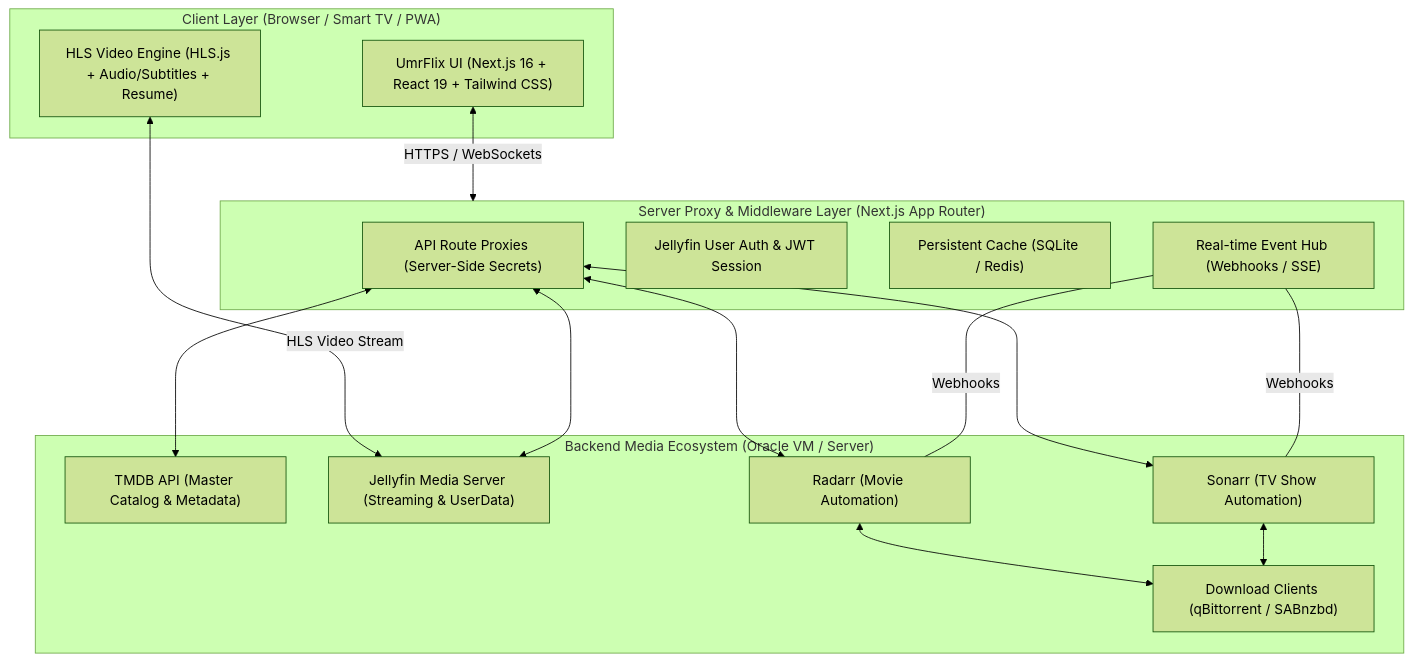
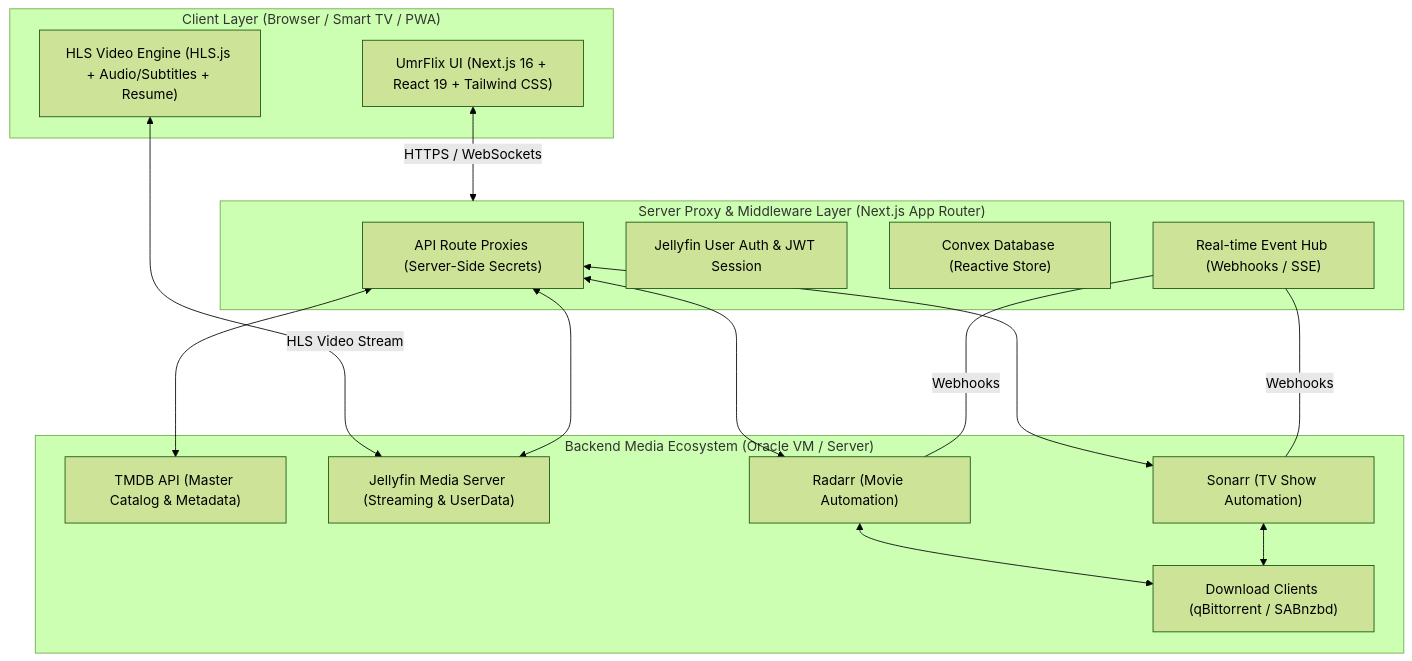
The diagram in specs/roadmap.md (umeraamir09/UmrFlix), drawn with Mermaid (forest theme) before and after one commit. The commit also changed other lines of this file, not shown here.

Commit message:
Docs: updated phase 5.1 to include convex specific checkpoints instead of stale sqlite

````diff
--- a/specs/roadmap.md
+++ b/specs/roadmap.md
@@ -9,33 +9,33 @@
 ```mermaid
 flowchart TD
     subgraph Client ["Client Layer (Browser / Smart TV / PWA)"]
         UI["UmrFlix UI (Next.js 16 + React 19 + Tailwind CSS)"]
         Player["HLS Video Engine (HLS.js + Audio/Subtitles + Resume)"]
     end
 
     subgraph Server ["Server Proxy & Middleware Layer (Next.js App Router)"]
         APIProxy["API Route Proxies (Server-Side Secrets)"]
         AuthModule["Jellyfin User Auth & JWT Session"]
-        PersistentCache["Persistent Cache (SQLite / Redis)"]
+        PersistentCache["Convex Database (Reactive Store)"]
         EventHub["Real-time Event Hub (Webhooks / SSE)"]
     end
 
     subgraph Services ["Backend Media Ecosystem (Oracle VM / Server)"]
         TMDB["TMDB API (Master Catalog & Metadata)"]
         Jellyfin["Jellyfin Media Server (Streaming & UserData)"]
         Radarr["Radarr (Movie Automation)"]
         Sonarr["Sonarr (TV Show Automation)"]
         Downloaders["Download Clients (qBittorrent / SABnzbd)"]
     end
 
     UI <-->|HTTPS / WebSockets| Server
     Player <-->|HLS Video Stream| Jellyfin
     APIProxy <--> TMDB
     APIProxy <--> Jellyfin
     APIProxy <--> Radarr
     APIProxy <--> Sonarr
     EventHub <---|Webhooks| Radarr
     EventHub <---|Webhooks| Sonarr
     Radarr <--> Downloaders
     Sonarr <--> Downloaders
 ```
````
